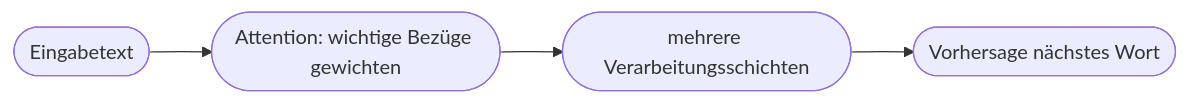
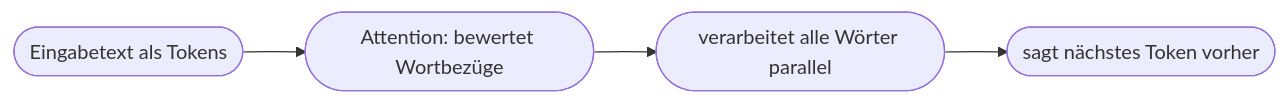
Before and after one commit to Qualidy/Prompt-Engineering-KI-in-der-Arbeitswelt: the first of 2 diagrams in docs/content/kapitel16.md, drawn with Mermaid. The commit also changed other lines of this file and 80 other files, not shown here.

````diff
--- a/docs/content/kapitel16.md
+++ b/docs/content/kapitel16.md
@@ -37,6 +35,6 @@
 ```mermaid
 flowchart LR
-    A([Eingabetext]) --> B([Attention: wichtige Bezüge gewichten])
-    B --> C([mehrere Verarbeitungsschichten])
-    C --> D([Vorhersage nächstes Wort])
+    A([Eingabetext als Tokens]) --> B([Attention: bewertet Wortbezüge])
+    B --> C([verarbeitet alle Wörter parallel])
+    C --> D([sagt nächstes Token vorher])
 ```
````
